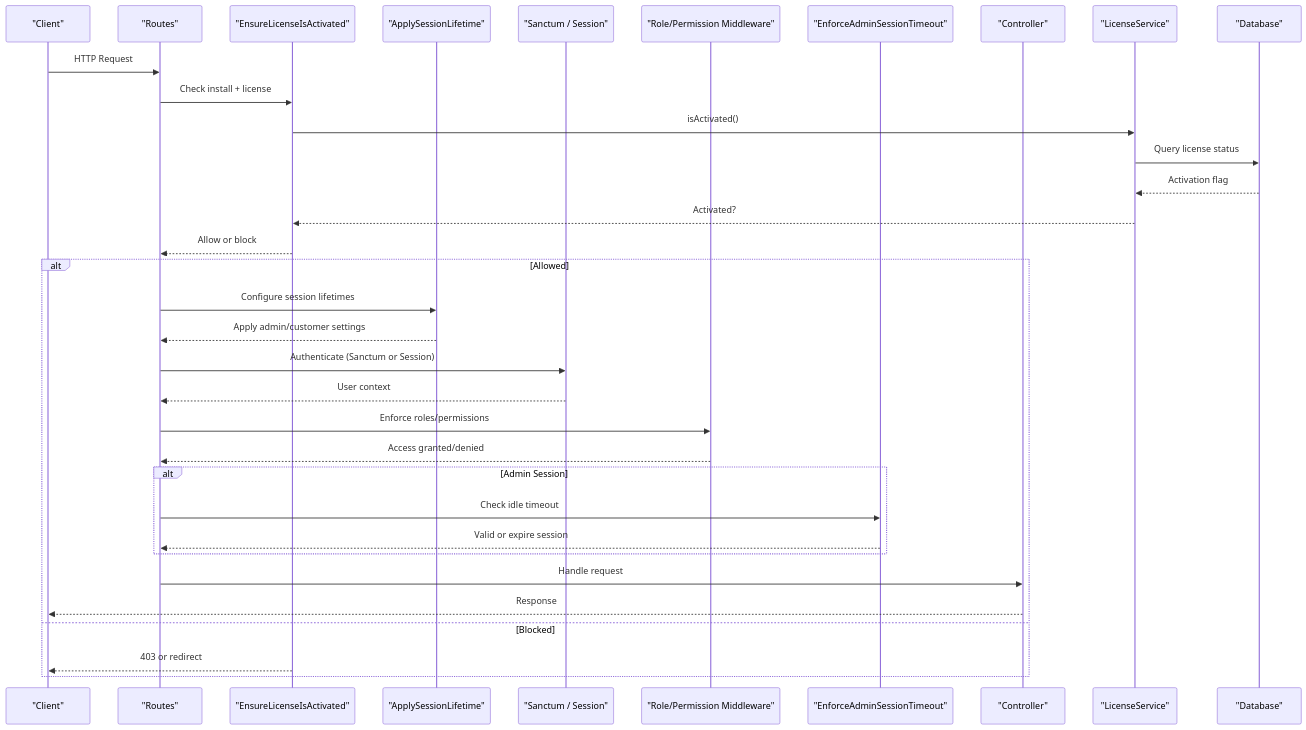
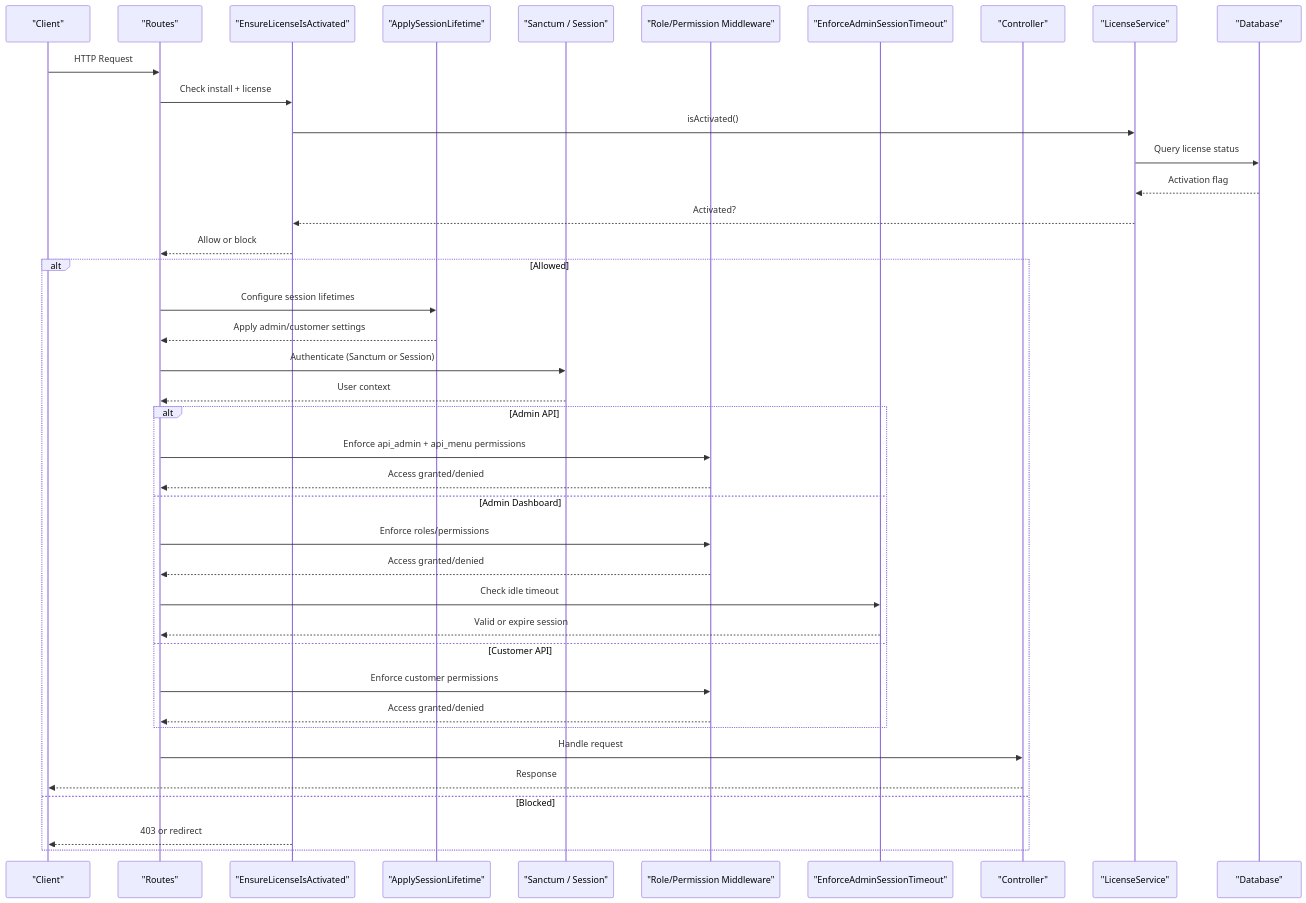
One commit to mahbub095/bus-app changed the second of 13 diagrams in .qoder/repowiki/en/content/Security Implementation/Security Implementation.md. Above: the diagram before and after it, drawn with Mermaid. The commit also changed other lines of this file and 460 other files, not shown here.

````diff
--- a/.qoder/repowiki/en/content/Security Implementation/Security Implementation.md
+++ b/.qoder/repowiki/en/content/Security Implementation/Security Implementation.md
@@ -196,36 +221,42 @@
 ```mermaid
 sequenceDiagram
 participant Client as "Client"
 participant Routes as "Routes"
 participant LicenseGate as "EnsureLicenseIsActivated"
 participant SessionConfig as "ApplySessionLifetime"
 participant Auth as "Sanctum / Session"
 participant RBAC as "Role/Permission Middleware"
 participant TimeoutCheck as "EnforceAdminSessionTimeout"
 participant Controller as "Controller"
 participant Service as "LicenseService"
 participant DB as "Database"
 Client->>Routes : HTTP Request
 Routes->>LicenseGate : Check install + license
 LicenseGate->>Service : isActivated()
 Service->>DB : Query license status
 DB-->>Service : Activation flag
 Service-->>LicenseGate : Activated?
 LicenseGate-->>Routes : Allow or block
 alt Allowed
 Routes->>SessionConfig : Configure session lifetimes
 SessionConfig-->>Routes : Apply admin/customer settings
 Routes->>Auth : Authenticate (Sanctum or Session)
 Auth-->>Routes : User context
+alt Admin API
+Routes->>RBAC : Enforce api_admin + api_menu permissions
+RBAC-->>Routes : Access granted/denied
+else Admin Dashboard
 Routes->>RBAC : Enforce roles/permissions
 RBAC-->>Routes : Access granted/denied
-alt Admin Session
 Routes->>TimeoutCheck : Check idle timeout
 TimeoutCheck-->>Routes : Valid or expire session
+else Customer API
+Routes->>RBAC : Enforce customer permissions
+RBAC-->>Routes : Access granted/denied
 end
 Routes->>Controller : Handle request
 Controller-->>Client : Response
 else Blocked
 LicenseGate-->>Client : 403 or redirect
 end
 ```
````
